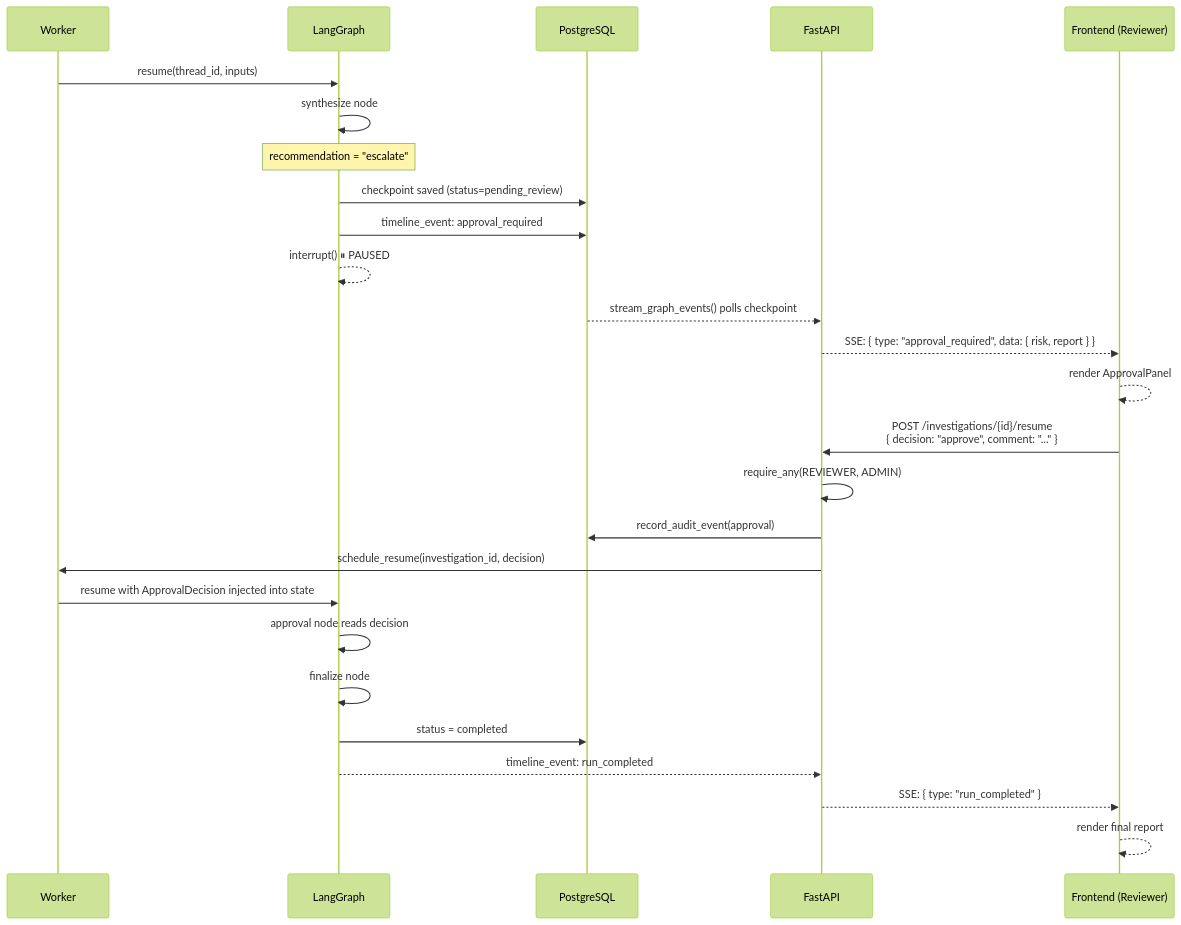
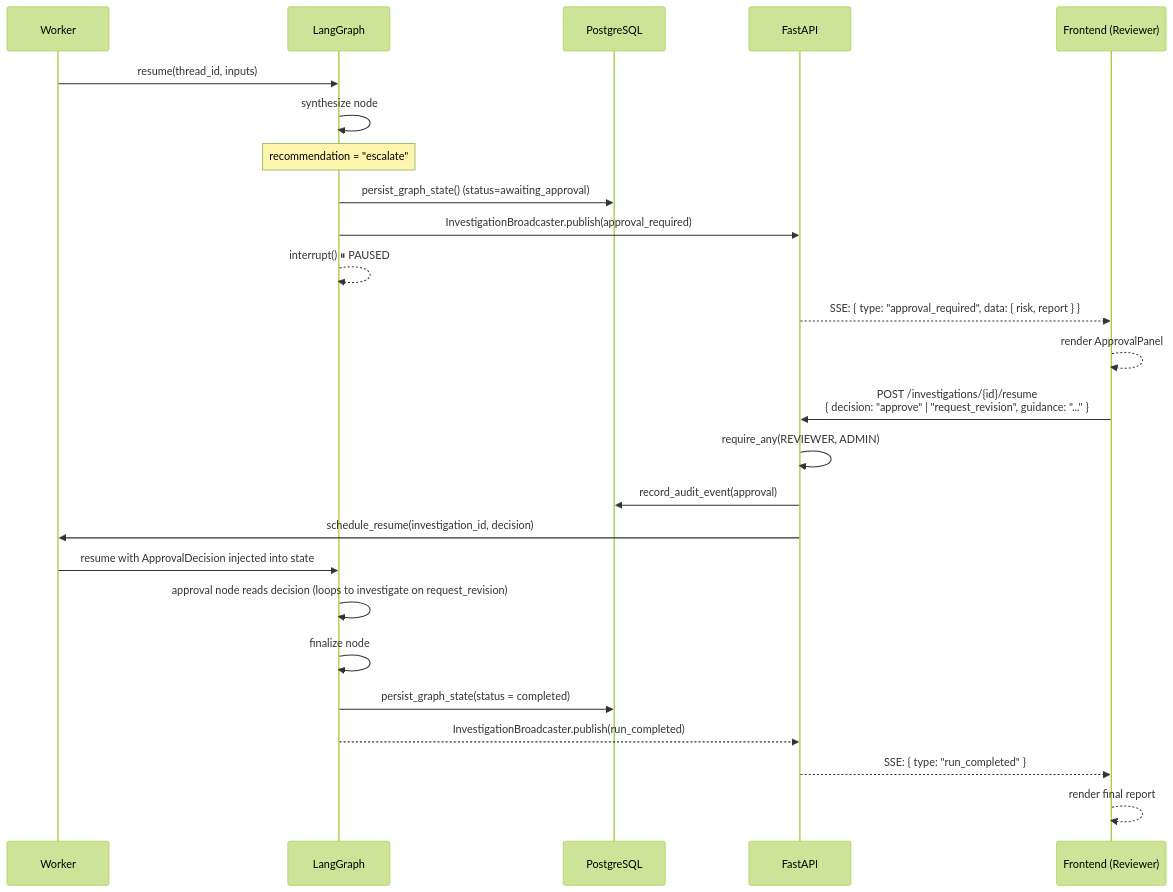
One commit to thiago-terceiro/sentinelflow changed the ninth of 10 diagrams in docs/architecture.md. Above: the diagram before and after it, drawn with Mermaid (forest theme). The commit also changed other lines of this file and 58 other files, not shown here.

````diff
--- a/docs/architecture.md
+++ b/docs/architecture.md
@@ -459,32 +466,31 @@
 ```mermaid
 sequenceDiagram
     participant Worker
     participant Graph as LangGraph
     participant DB as PostgreSQL
     participant API as FastAPI
     participant FE as Frontend (Reviewer)
 
     Worker->>Graph: resume(thread_id, inputs)
     Graph->>Graph: synthesize node
     Note over Graph: recommendation = "escalate"
-    Graph->>DB: checkpoint saved (status=pending_review)
-    Graph->>DB: timeline_event: approval_required
+    Graph->>DB: persist_graph_state() (status=awaiting_approval)
+    Graph->>API: InvestigationBroadcaster.publish(approval_required)
     Graph-->>Graph: interrupt()  ⏸  PAUSED
 
-    DB-->>API: stream_graph_events() polls checkpoint
     API-->>FE: SSE: { type: "approval_required", data: { risk, report } }
     FE-->>FE: render ApprovalPanel
 
-    FE->>API: POST /investigations/{id}/resume<br/>{ decision: "approve", comment: "..." }
+    FE->>API: POST /investigations/{id}/resume<br/>{ decision: "approve" | "request_revision", guidance: "..." }
     API->>API: require_any(REVIEWER, ADMIN)
     API->>DB: record_audit_event(approval)
     API->>Worker: schedule_resume(investigation_id, decision)
     Worker->>Graph: resume with ApprovalDecision injected into state
 
-    Graph->>Graph: approval node reads decision
+    Graph->>Graph: approval node reads decision (loops to investigate on request_revision)
     Graph->>Graph: finalize node
-    Graph->>DB: status = completed
-    Graph-->>API: timeline_event: run_completed
+    Graph->>DB: persist_graph_state(status = completed)
+    Graph-->>API: InvestigationBroadcaster.publish(run_completed)
     API-->>FE: SSE: { type: "run_completed" }
     FE-->>FE: render final report
 ```
````
